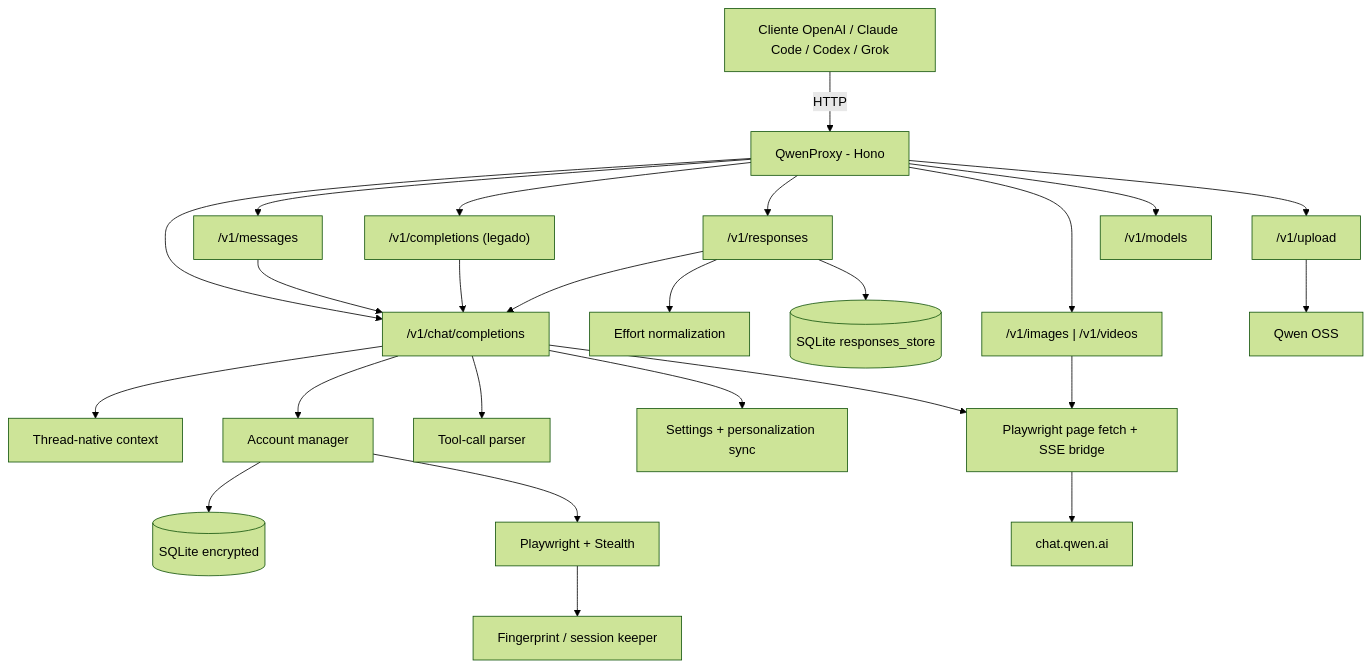
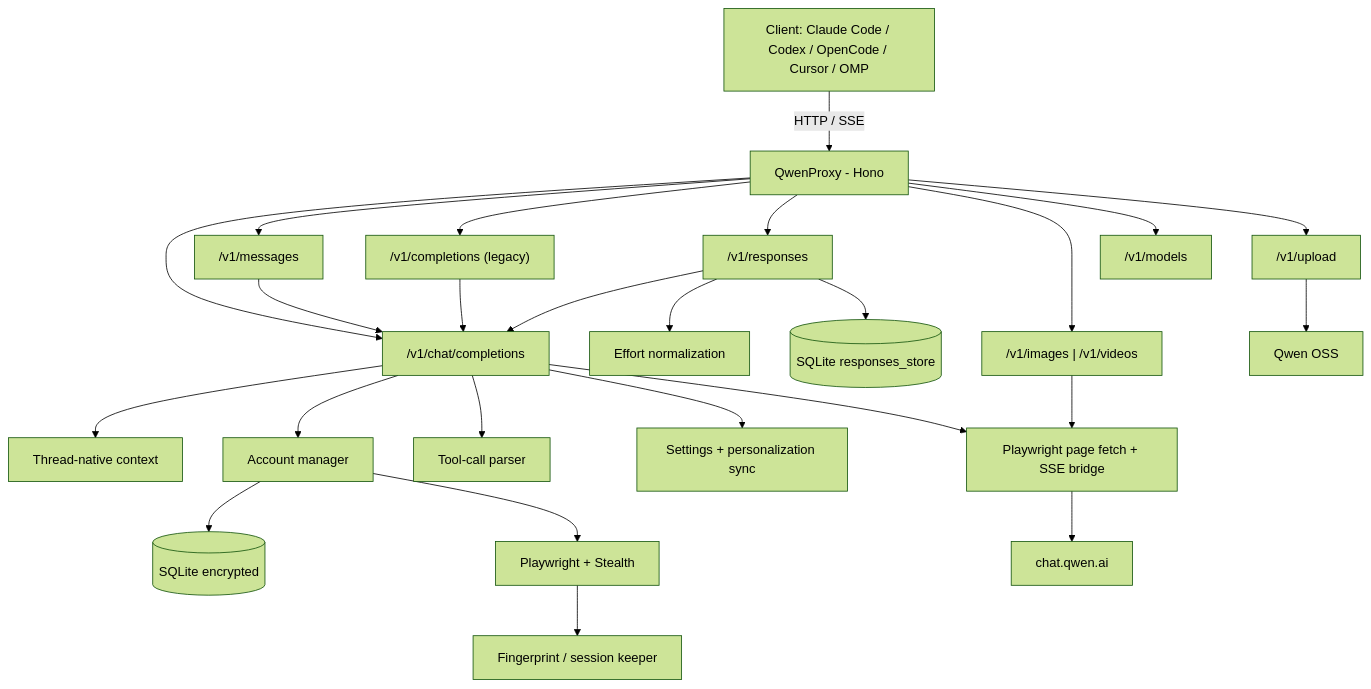
The diagram in README.md (dougllassillva27/qwenbridge-dodo), drawn with Mermaid (forest theme) before and after one commit. The commit also changed other lines of this file and 52 other files, not shown here.

````diff
--- a/README.md
+++ b/README.md
@@ -54,27 +52,27 @@
 ```mermaid
 flowchart TD
-    Client["Cliente OpenAI / Claude Code / Codex / Grok"] -->|HTTP| Proxy["QwenProxy - Hono"]
+    Client["Client: Claude Code / Codex / OpenCode / Cursor / OMP"] -->|HTTP / SSE| Proxy["QwenProxy - Hono"]
     Proxy --> Chat["/v1/chat/completions"]
     Proxy --> Anthropic["/v1/messages"]
-    Proxy --> Completions["/v1/completions (legado)"]
+    Proxy --> Completions["/v1/completions (legacy)"]
     Proxy --> Responses["/v1/responses"]
     Proxy --> Media["/v1/images | /v1/videos"]
     Proxy --> Models["/v1/models"]
     Proxy --> Upload["/v1/upload"]
     Anthropic --> Chat
     Completions --> Chat
     Responses --> Chat
     Responses --> Effort["Effort normalization"]
     Responses --> State[("SQLite responses_store")]
     Chat --> Context["Thread-native context"]
     Chat --> Accounts["Account manager"]
     Accounts --> DB[("SQLite encrypted")]
     Accounts --> Playwright["Playwright + Stealth"]
     Playwright --> Fingerprint["Fingerprint / session keeper"]
     Chat --> Parser["Tool-call parser"]
     Chat --> Personalization["Settings + personalization sync"]
     Chat --> BrowserTransport["Playwright page fetch + SSE bridge"]
     BrowserTransport --> Qwen["chat.qwen.ai"]
     Media --> BrowserTransport
     Upload --> OSS["Qwen OSS"]
 ```
````
